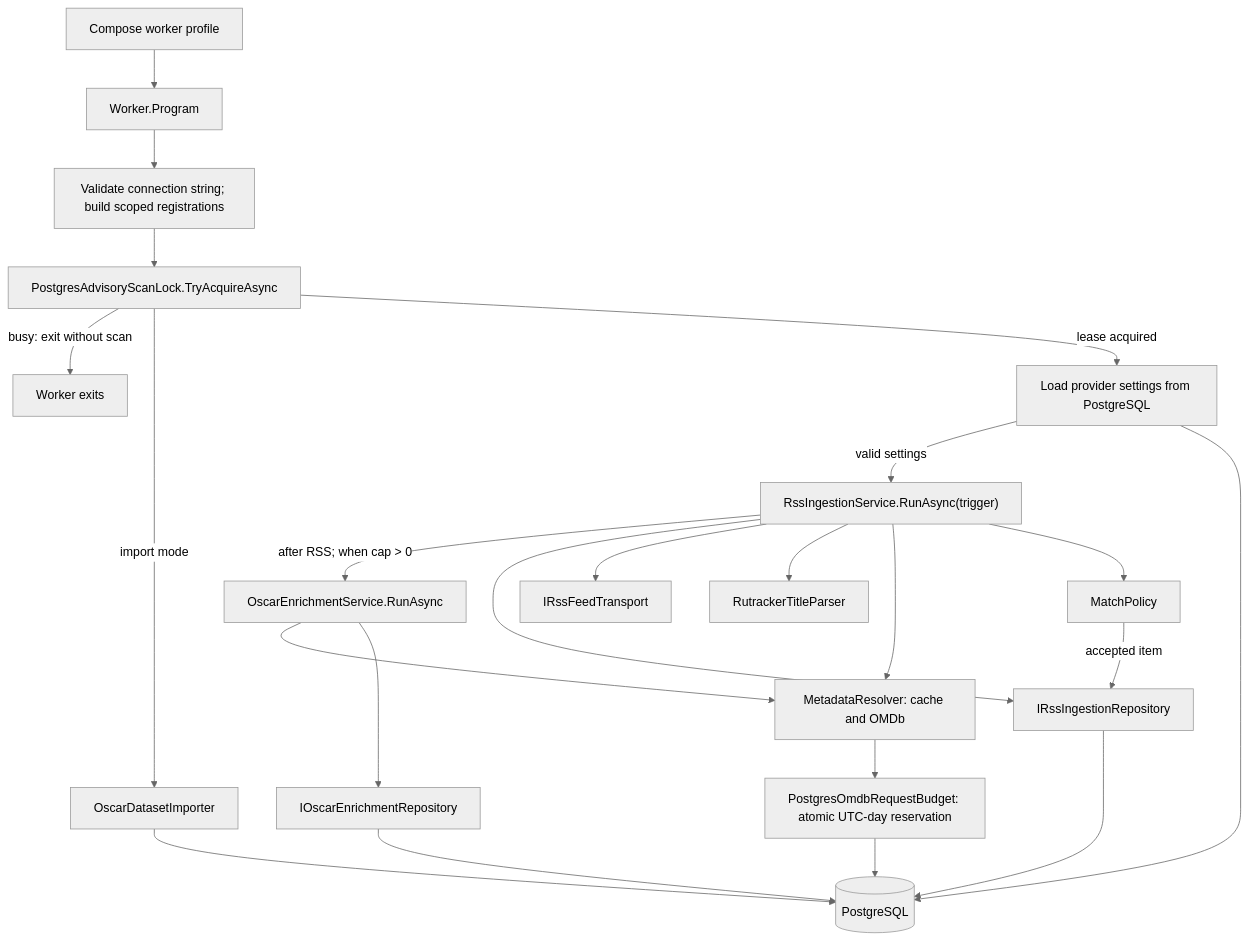
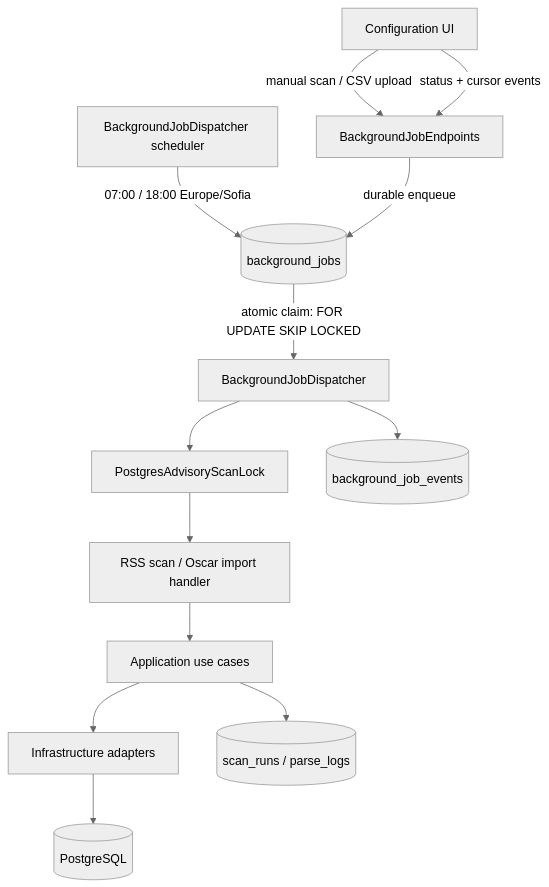
Before and after one commit to ValeriDublekov/MediaDock2.0: the third of 4 diagrams in docs/ai/ARCHITECTURE.md, drawn with Mermaid (neutral theme). The commit also changed other lines of this file and 69 other files, not shown here.

Commit message:
Move ingestion into API background jobs

````diff
--- a/docs/ai/ARCHITECTURE.md
+++ b/docs/ai/ARCHITECTURE.md
@@ -56,25 +55,15 @@
 ```mermaid
 flowchart TD
-    compose["Compose worker profile"] --> entry["Worker.Program"]
-    entry --> wiring["Validate connection string; build scoped registrations"]
-    wiring --> lock["PostgresAdvisoryScanLock.TryAcquireAsync"]
-    lock -->|"busy: exit without scan"| exit["Worker exits"]
-    lock -->|"import mode"| oscarImport["OscarDatasetImporter"]
-    oscarImport --> db[("PostgreSQL")]
-    lock -->|"lease acquired"| runtime["Load provider settings from PostgreSQL"]
-    runtime -->|"valid settings"| usecase["RssIngestionService.RunAsync(trigger)"]
-    runtime --> db
-    usecase -->|"after RSS; when cap > 0"| enrichment["OscarEnrichmentService.RunAsync"]
-    usecase --> repo["IRssIngestionRepository"]
-    usecase --> feed["IRssFeedTransport"]
-    usecase --> parser["RutrackerTitleParser"]
-    usecase --> metadata["MetadataResolver: cache and OMDb"]
-    enrichment --> metadata
-    metadata --> budget["PostgresOmdbRequestBudget: atomic UTC-day reservation"]
-    budget --> db[("PostgreSQL")]
-    enrichment --> oscarRepo["IOscarEnrichmentRepository"]
-    usecase --> match["MatchPolicy"]
-    match -->|"accepted item"| repo
-    repo --> db[("PostgreSQL")]
-    oscarRepo --> db
+    ui["Configuration UI"] -->|"manual scan / CSV upload"| routes["BackgroundJobEndpoints"]
+    scheduler["BackgroundJobDispatcher scheduler"] -->|"07:00 / 18:00 Europe/Sofia"| queue[("background_jobs")]
+    routes -->|"durable enqueue"| queue
+    queue -->|"atomic claim: FOR UPDATE SKIP LOCKED"| dispatcher["BackgroundJobDispatcher"]
+    dispatcher --> lock["PostgresAdvisoryScanLock"]
+    lock --> handler["RSS scan / Oscar import handler"]
+    handler --> app["Application use cases"]
+    app --> infra["Infrastructure adapters"]
+    infra --> db[("PostgreSQL")]
+    dispatcher --> events[("background_job_events")]
+    app --> history[("scan_runs / parse_logs")]
+    ui -->|"status + cursor events"| routes
 ```
````
